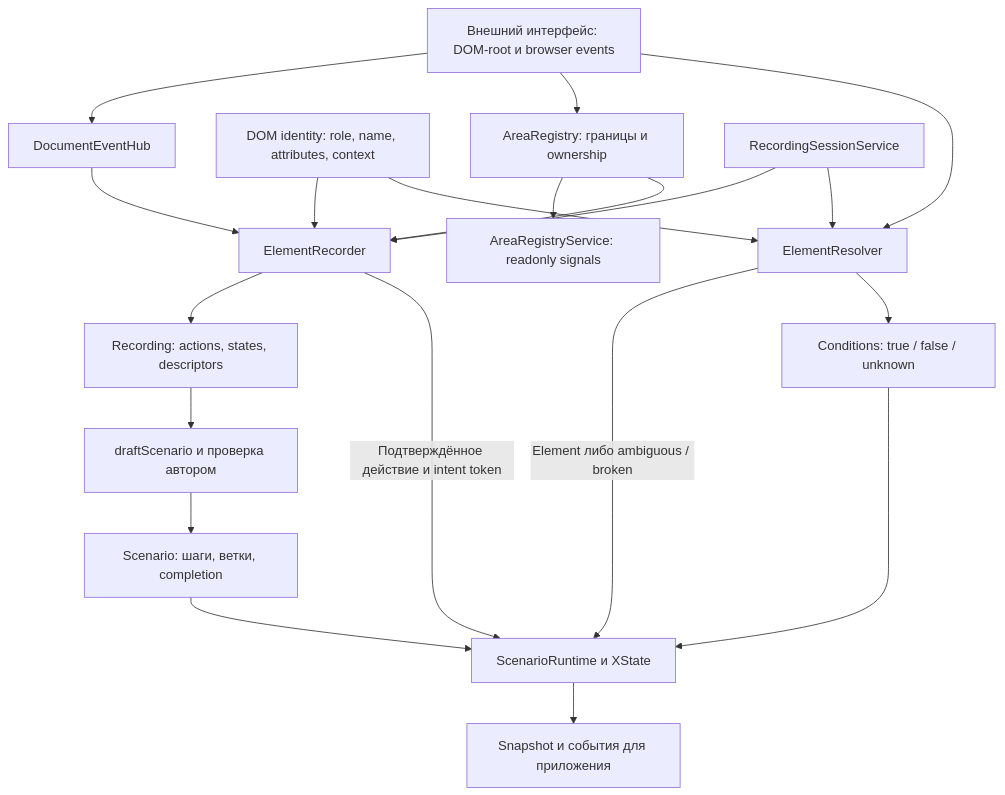
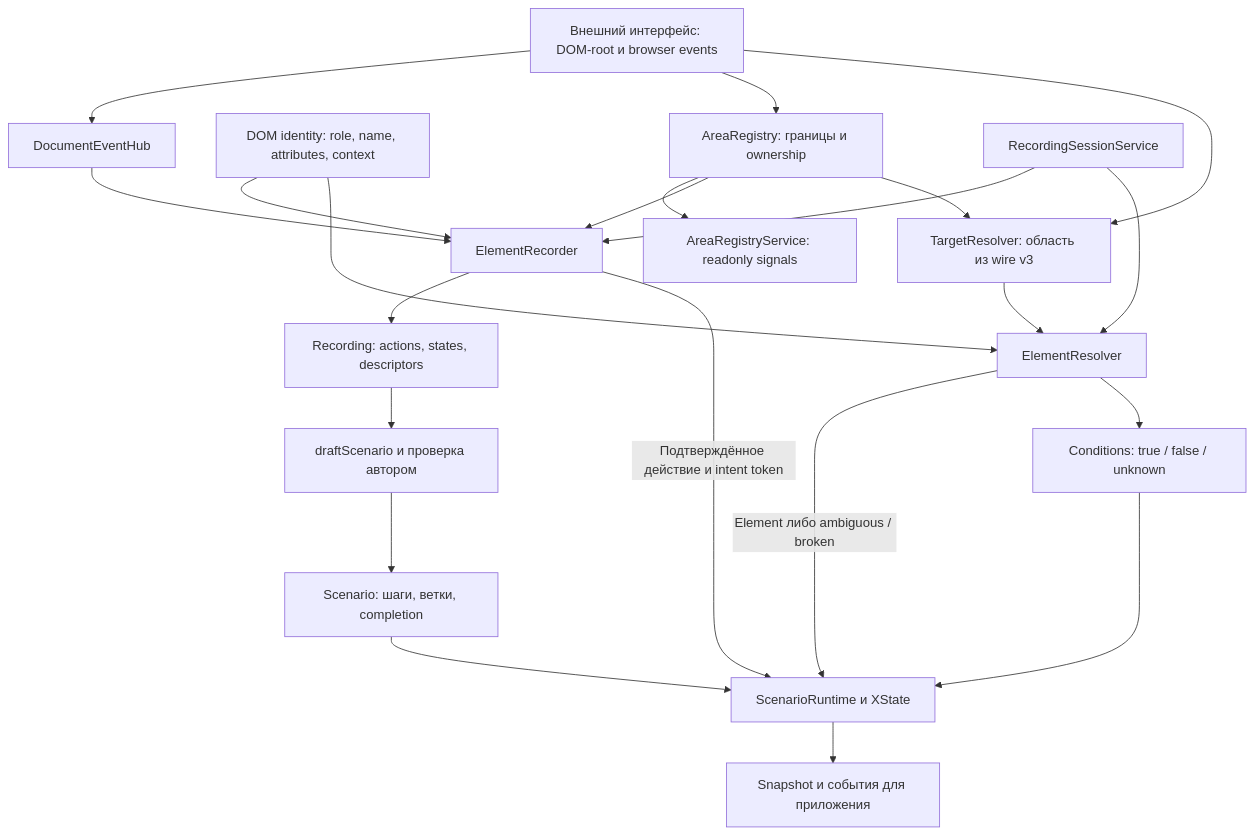
The diagram in ARCHITECTURE.md (a1rat91/training-observer), drawn with Mermaid before and after one commit. The commit also changed other lines of this file and 22 other files, not shown here.

````diff
--- a/ARCHITECTURE.md
+++ b/ARCHITECTURE.md
@@ -77,22 +77,24 @@
 ```mermaid
 flowchart TD
     Host[Внешний интерфейс: DOM-root и browser events] --> Hub[DocumentEventHub]
     Hub --> Recorder[ElementRecorder]
     Identity[DOM identity: role, name, attributes, context] --> Recorder
     Recorder --> Recording[Recording: actions, states, descriptors]
     Recording --> Authoring[draftScenario и проверка автором]
     Authoring --> Scenario[Scenario: шаги, ветки, completion]
     Scenario --> Runtime[ScenarioRuntime и XState]
     Recorder -->|Подтверждённое действие и intent token| Runtime
     Host --> Registry[AreaRegistry: границы и ownership]
     Registry --> Facade[AreaRegistryService: readonly signals]
     Registry --> Recorder
     Session[RecordingSessionService] --> Recorder
     Session --> Resolver
-    Host --> Resolver[ElementResolver]
+    Registry --> Targets[TargetResolver: область из wire v3]
+    Targets --> Resolver[ElementResolver]
+    Host --> Targets
     Identity --> Resolver
     Resolver -->|Element либо ambiguous / broken| Runtime
     Resolver --> Conditions[Conditions: true / false / unknown]
     Conditions --> Runtime
     Runtime --> Snapshot[Snapshot и события для приложения]
 ```
````
